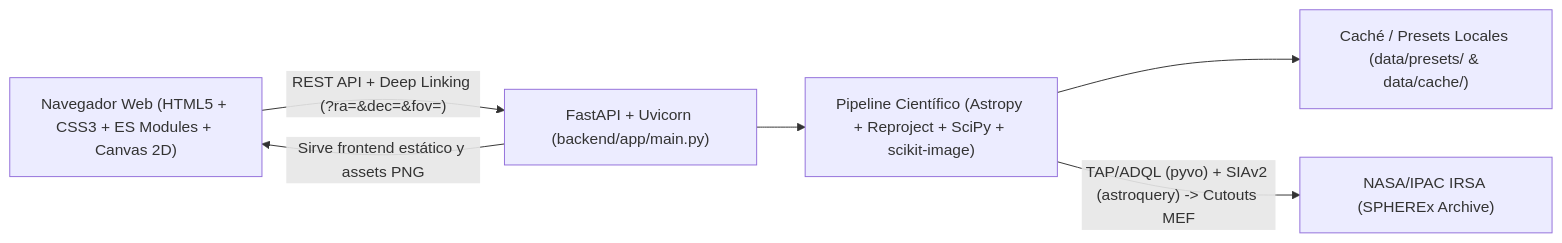
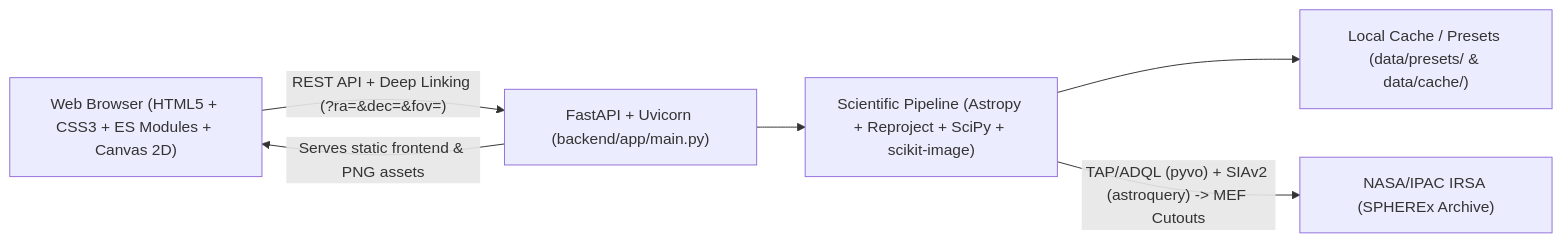
Before and after one commit to CrisQuinteroC/GrajX---SPHEREx---Space-Apps-Challenge-2026---Hermosillo-Mx: the diagram in README.md, drawn with Mermaid. The commit also changed other lines of this file, not shown here.

````diff
--- a/README.md
+++ b/README.md
@@ -52,8 +52,8 @@
 ```mermaid
 flowchart LR
-    U["Navegador Web (HTML5 + CSS3 + ES Modules + Canvas 2D)"] -->|"REST API + Deep Linking (?ra=&dec=&fov=)"| API["FastAPI + Uvicorn (backend/app/main.py)"]
-    API -->|"Sirve frontend estático y assets PNG"| U
-    API --> ENG["Pipeline Científico (Astropy + Reproject + SciPy + scikit-image)"]
-    ENG --> CACHE["Caché / Presets Locales (data/presets/ & data/cache/)"]
-    ENG -->|"TAP/ADQL (pyvo) + SIAv2 (astroquery) -> Cutouts MEF"| IRSA["NASA/IPAC IRSA (SPHEREx Archive)"]
+    U["Web Browser (HTML5 + CSS3 + ES Modules + Canvas 2D)"] -->|"REST API + Deep Linking (?ra=&dec=&fov=)"| API["FastAPI + Uvicorn (backend/app/main.py)"]
+    API -->|"Serves static frontend & PNG assets"| U
+    API --> ENG["Scientific Pipeline (Astropy + Reproject + SciPy + scikit-image)"]
+    ENG --> CACHE["Local Cache / Presets (data/presets/ & data/cache/)"]
+    ENG -->|"TAP/ADQL (pyvo) + SIAv2 (astroquery) -> MEF Cutouts"| IRSA["NASA/IPAC IRSA (SPHEREx Archive)"]
 ```
````
